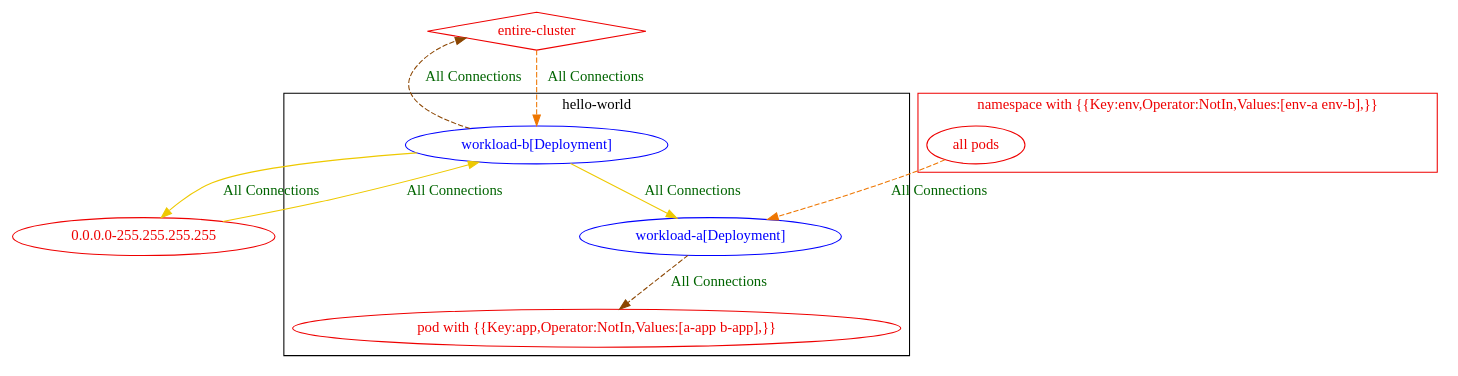
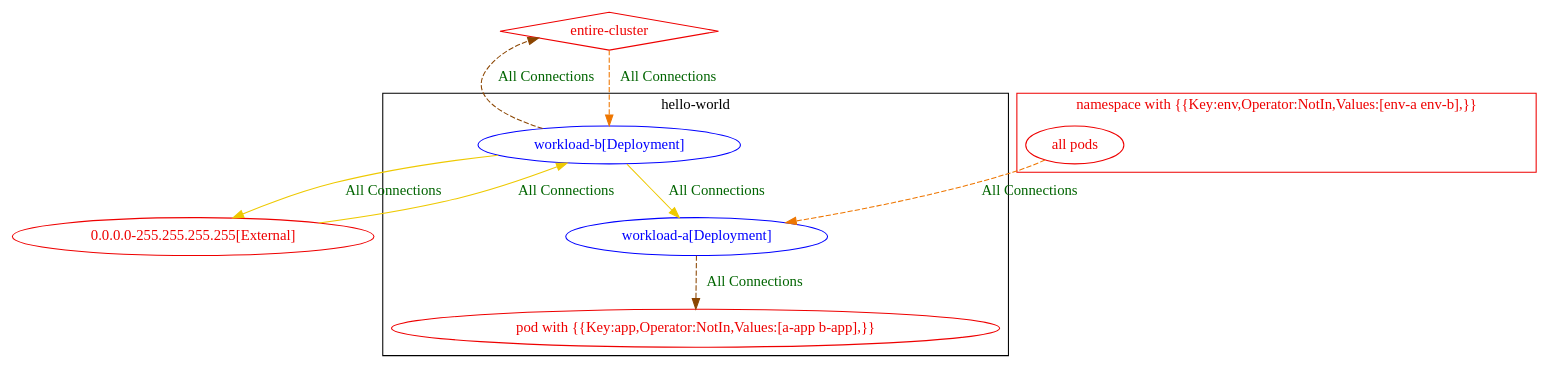
Before and after one commit to np-guard/netpol-analyzer: the diagram in test_outputs/connlist/exposure_test_with_match_expression_not_in_op_exposure_output.dot, drawn with Graphviz. The commit also changed 1013 other files, not shown here.

Commit message:
add label [External] to IPBlock string representation

```diff
--- a/test_outputs/connlist/exposure_test_with_match_expression_not_in_op_exposure_output.dot
+++ b/test_outputs/connlist/exposure_test_with_match_expression_not_in_op_exposure_output.dot
@@ -1,25 +1,25 @@
 digraph {
 	subgraph "cluster_hello_world" {
 		color="black"
 		fontcolor="black"
 		"hello-world/workload-a[Deployment]" [label="workload-a[Deployment]" color="blue" fontcolor="blue"]
 		"hello-world/workload-b[Deployment]" [label="workload-b[Deployment]" color="blue" fontcolor="blue"]
 		"pod with {{Key:app,Operator:NotIn,Values:[a-app b-app],}}_in_hello-world" [label="pod with {{Key:app,Operator:NotIn,Values:[a-app b-app],}}" color="red2" fontcolor="red2"]
 		label="hello-world"
 	}
 	subgraph "cluster_namespace with {{Key:env,Operator:NotIn,Values:[env_a env_b],}}" {
 		color="red2"
 		fontcolor="red2"
 		"all pods_in_namespace with {{Key:env,Operator:NotIn,Values:[env-a env-b],}}" [label="all pods" color="red2" fontcolor="red2"]
 		label="namespace with {{Key:env,Operator:NotIn,Values:[env-a env-b],}}"
 	}
-	"0.0.0.0-255.255.255.255" [label="0.0.0.0-255.255.255.255" color="red2" fontcolor="red2"]
+	"0.0.0.0-255.255.255.255[External]" [label="0.0.0.0-255.255.255.255[External]" color="red2" fontcolor="red2"]
 	"entire-cluster" [label="entire-cluster" color="red2" fontcolor="red2" shape=diamond]
-	"0.0.0.0-255.255.255.255" -> "hello-world/workload-b[Deployment]" [label="All Connections" color="gold2" fontcolor="darkgreen" weight=0.5]
+	"0.0.0.0-255.255.255.255[External]" -> "hello-world/workload-b[Deployment]" [label="All Connections" color="gold2" fontcolor="darkgreen" weight=0.5]
 	"all pods_in_namespace with {{Key:env,Operator:NotIn,Values:[env-a env-b],}}" -> "hello-world/workload-a[Deployment]" [label="All Connections" color="darkorange2" fontcolor="darkgreen" weight=1 style=dashed]
 	"entire-cluster" -> "hello-world/workload-b[Deployment]" [label="All Connections" color="darkorange2" fontcolor="darkgreen" weight=1 style=dashed]
 	"hello-world/workload-a[Deployment]" -> "pod with {{Key:app,Operator:NotIn,Values:[a-app b-app],}}_in_hello-world" [label="All Connections" color="darkorange4" fontcolor="darkgreen" weight=0.5 style=dashed]
-	"hello-world/workload-b[Deployment]" -> "0.0.0.0-255.255.255.255" [label="All Connections" color="gold2" fontcolor="darkgreen" weight=1]
+	"hello-world/workload-b[Deployment]" -> "0.0.0.0-255.255.255.255[External]" [label="All Connections" color="gold2" fontcolor="darkgreen" weight=1]
 	"hello-world/workload-b[Deployment]" -> "entire-cluster" [label="All Connections" color="darkorange4" fontcolor="darkgreen" weight=0.5 style=dashed]
 	"hello-world/workload-b[Deployment]" -> "hello-world/workload-a[Deployment]" [label="All Connections" color="gold2" fontcolor="darkgreen" weight=1]
 }
```
